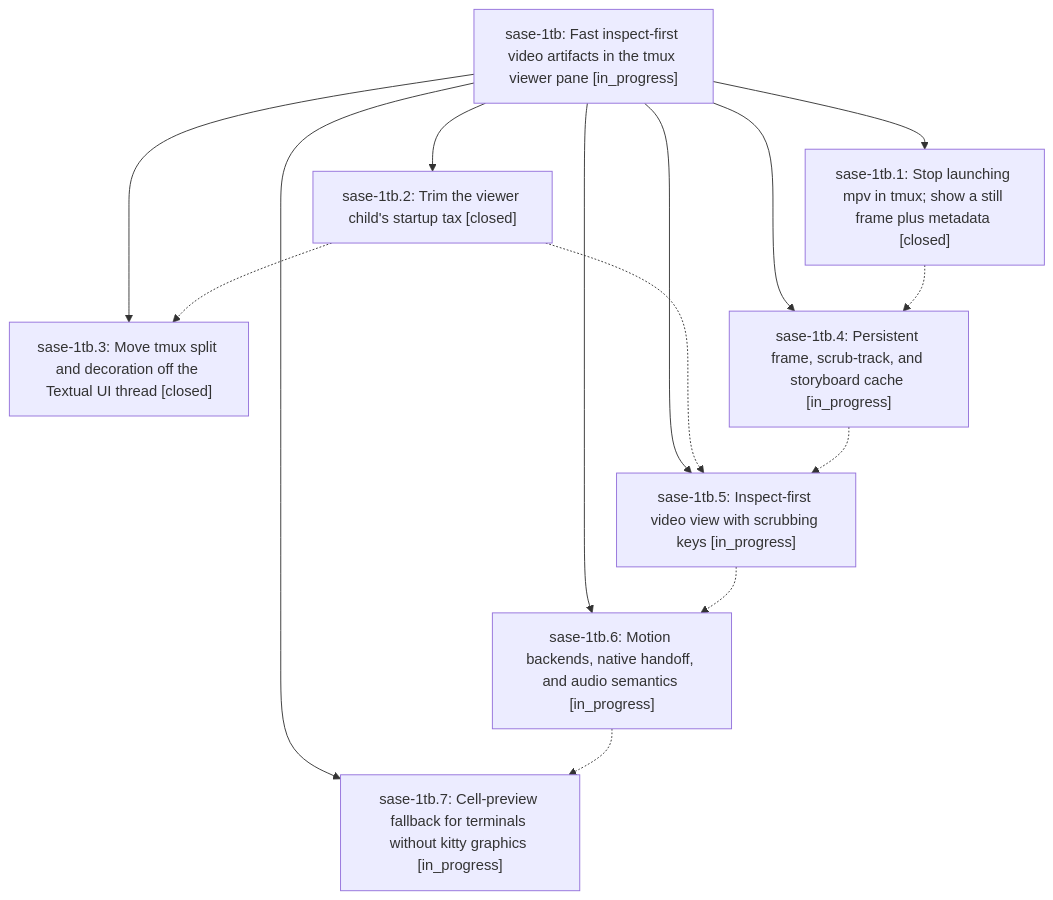
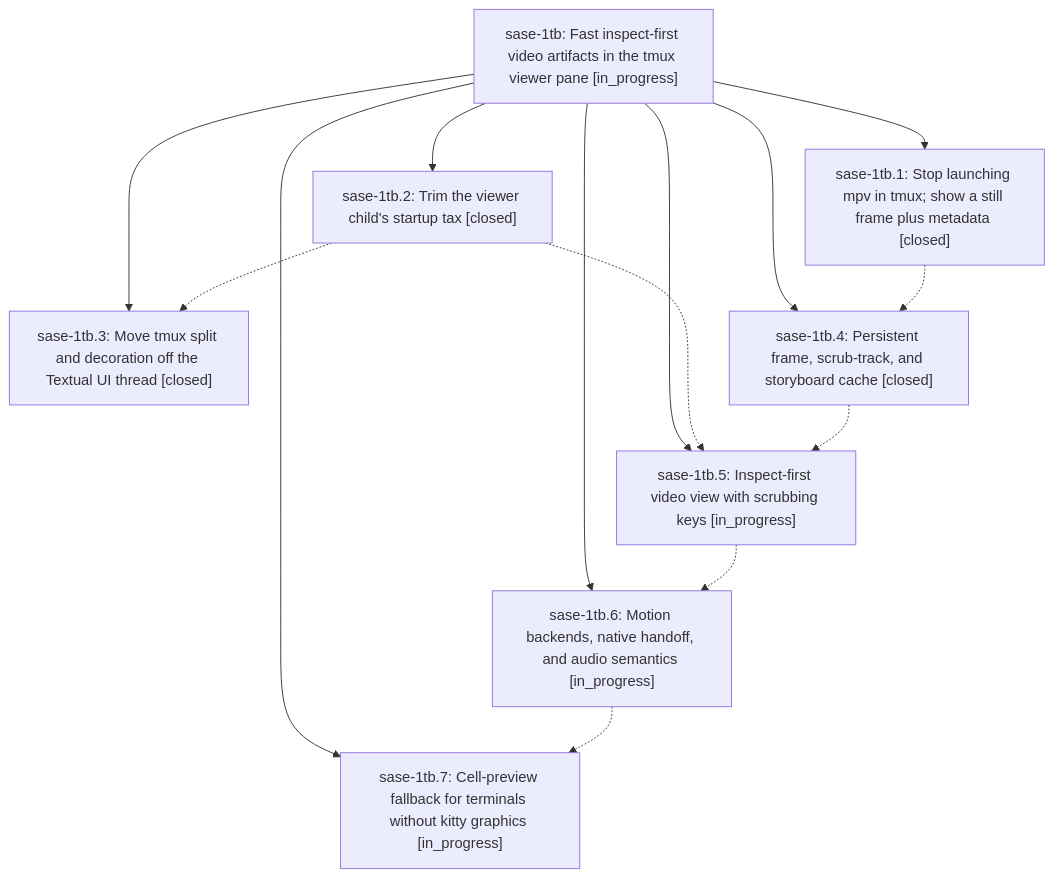
Before and after one commit to sase-org/sase--beads: the diagram in pages/sase-1tb/README.md, drawn with Mermaid. The commit also changed other lines of this file and 3 other files, not shown here.

````diff
--- a/pages/sase-1tb/README.md
+++ b/pages/sase-1tb/README.md
@@ -42,24 +42,24 @@
 ```mermaid
 flowchart TD
     n0["sase-1tb: Fast inspect-first video artifacts in the tmux viewer pane [in_progress]"]
     n1["sase-1tb.1: Stop launching mpv in tmux; show a still frame plus metadata [closed]"]
     n2["sase-1tb.2: Trim the viewer child's startup tax [closed]"]
     n3["sase-1tb.3: Move tmux split and decoration off the Textual UI thread [closed]"]
-    n4["sase-1tb.4: Persistent frame, scrub-track, and storyboard cache [in_progress]"]
+    n4["sase-1tb.4: Persistent frame, scrub-track, and storyboard cache [closed]"]
     n5["sase-1tb.5: Inspect-first video view with scrubbing keys [in_progress]"]
     n6["sase-1tb.6: Motion backends, native handoff, and audio semantics [in_progress]"]
     n7["sase-1tb.7: Cell-preview fallback for terminals without kitty graphics [in_progress]"]
     n0 --> n1
     n0 --> n2
     n0 --> n3
     n0 --> n4
     n0 --> n5
     n0 --> n6
     n0 --> n7
     n1 -.-> n4
     n2 -.-> n3
     n2 -.-> n5
     n4 -.-> n5
     n5 -.-> n6
     n6 -.-> n7
 ```
````
